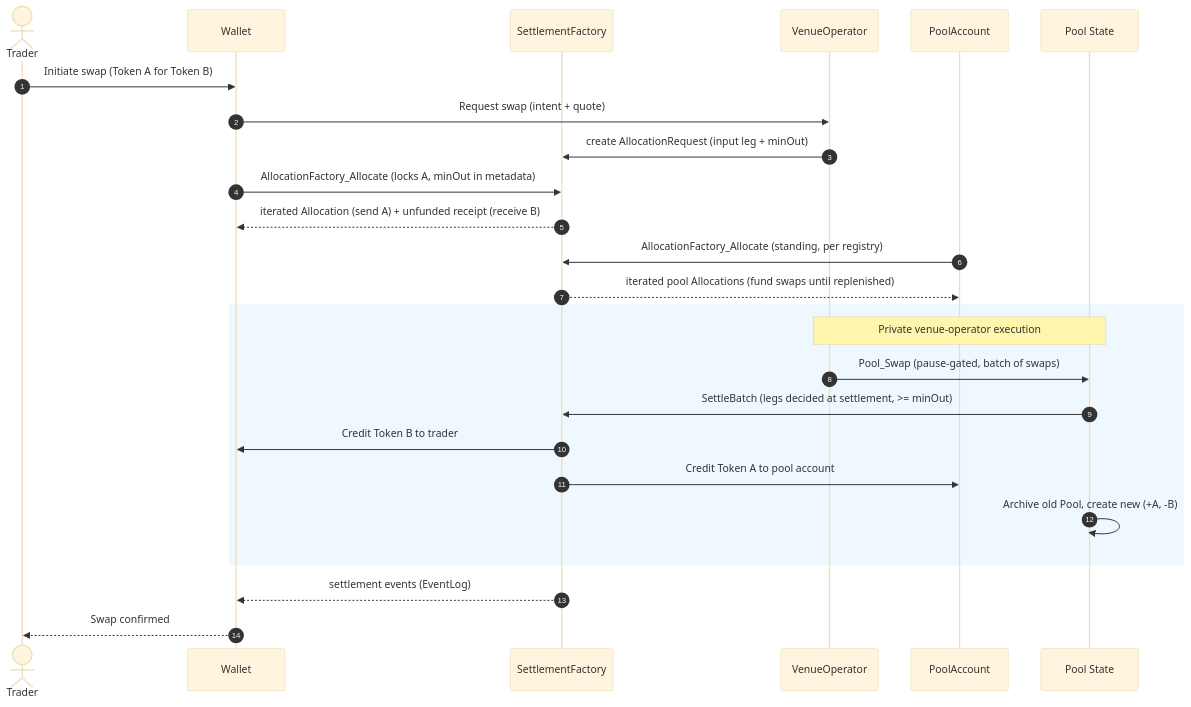
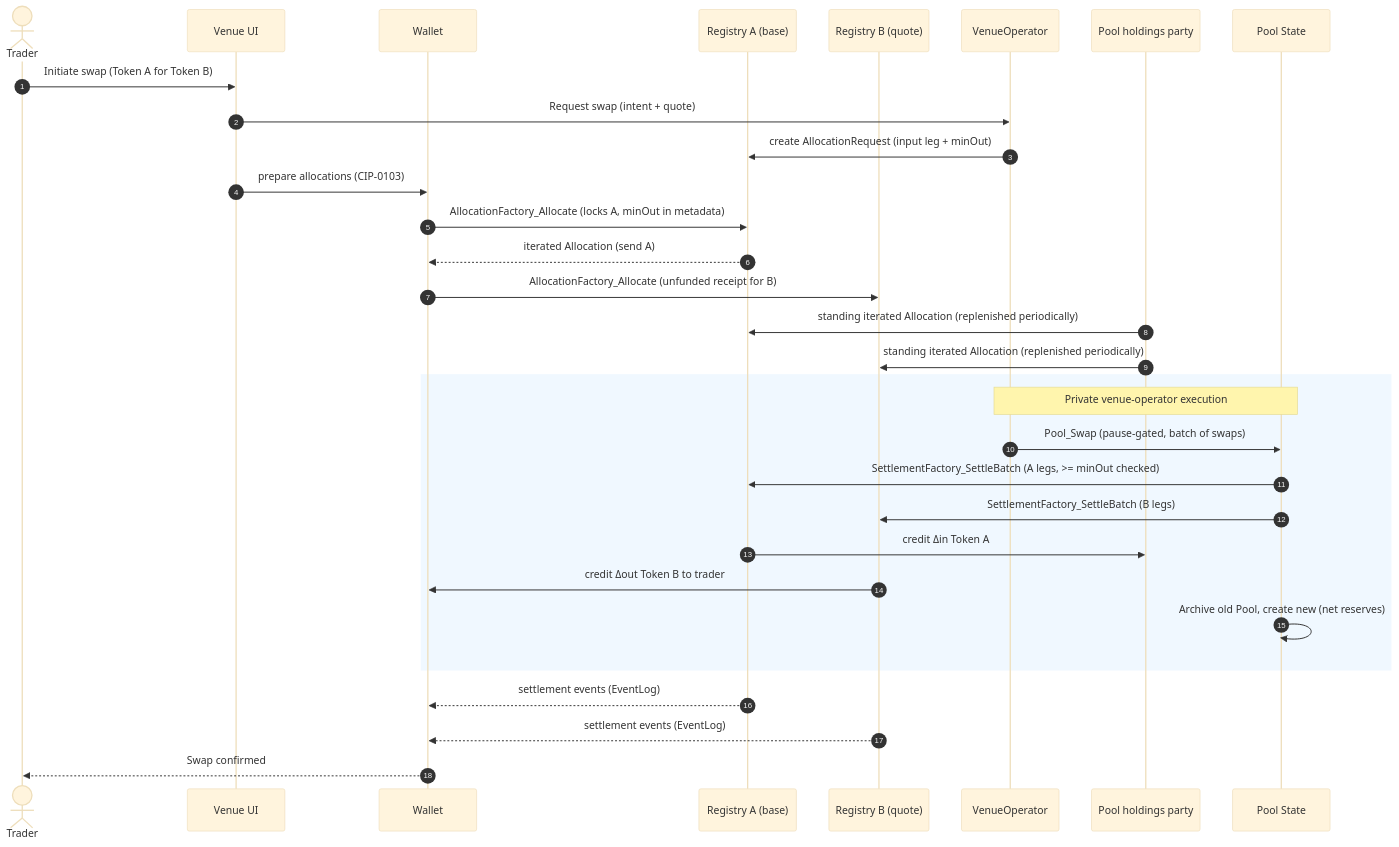
One commit to OpenZeppelin/canton-specs changed the fifth of 5 diagrams in docs/reference-architectures/dex.md. Above: the diagram before and after it, drawn with Mermaid (base theme). The commit also changed other lines of this file, not shown here.

````diff
--- a/docs/reference-architectures/dex.md
+++ b/docs/reference-architectures/dex.md
@@ -417,30 +426,36 @@
 ```mermaid
 sequenceDiagram
     autonumber
     actor Trader
+    participant VenueUI as Venue UI
     participant Wallet
-    participant SettleFactory as SettlementFactory
+    participant RegA as Registry A (base)
+    participant RegB as Registry B (quote)
     participant VenueOperator
-    participant PoolAccount
+    participant PoolHoldings as Pool holdings party
     participant PoolContract as Pool State
 
-    Trader->>Wallet: Initiate swap (Token A for Token B)
-    Wallet->>VenueOperator: Request swap (intent + quote)
-    VenueOperator->>SettleFactory: create AllocationRequest (input leg + minOut)
-    Wallet->>SettleFactory: AllocationFactory_Allocate (locks A, minOut in metadata)
-    SettleFactory-->>Wallet: iterated Allocation (send A) + unfunded receipt (receive B)
-    PoolAccount->>SettleFactory: AllocationFactory_Allocate (standing, per registry)
-    SettleFactory-->>PoolAccount: iterated pool Allocations (fund swaps until replenished)
+    Trader->>VenueUI: Initiate swap (Token A for Token B)
+    VenueUI->>VenueOperator: Request swap (intent + quote)
+    VenueOperator->>RegA: create AllocationRequest (input leg + minOut)
+    VenueUI->>Wallet: prepare allocations (CIP-0103)
+    Wallet->>RegA: AllocationFactory_Allocate (locks A, minOut in metadata)
+    RegA-->>Wallet: iterated Allocation (send A)
+    Wallet->>RegB: AllocationFactory_Allocate (unfunded receipt for B)
+    PoolHoldings->>RegA: standing iterated Allocation (replenished periodically)
+    PoolHoldings->>RegB: standing iterated Allocation (replenished periodically)
 
     rect rgb(240, 248, 255)
     Note over VenueOperator, PoolContract: Private venue-operator execution
     VenueOperator->>PoolContract: Pool_Swap (pause-gated, batch of swaps)
-    PoolContract->>SettleFactory: SettleBatch (legs decided at settlement, >= minOut)
-    SettleFactory->>Wallet: Credit Token B to trader
-    SettleFactory->>PoolAccount: Credit Token A to pool account
-    PoolContract->>PoolContract: Archive old Pool, create new (+A, -B)
+    PoolContract->>RegA: SettlementFactory_SettleBatch (A legs, >= minOut checked)
+    PoolContract->>RegB: SettlementFactory_SettleBatch (B legs)
+    RegA->>PoolHoldings: credit Δin Token A
+    RegB->>Wallet: credit Δout Token B to trader
+    PoolContract->>PoolContract: Archive old Pool, create new (net reserves)
     end
 
-    SettleFactory-->>Wallet: settlement events (EventLog)
+    RegA-->>Wallet: settlement events (EventLog)
+    RegB-->>Wallet: settlement events (EventLog)
     Wallet-->>Trader: Swap confirmed
 ```
````
